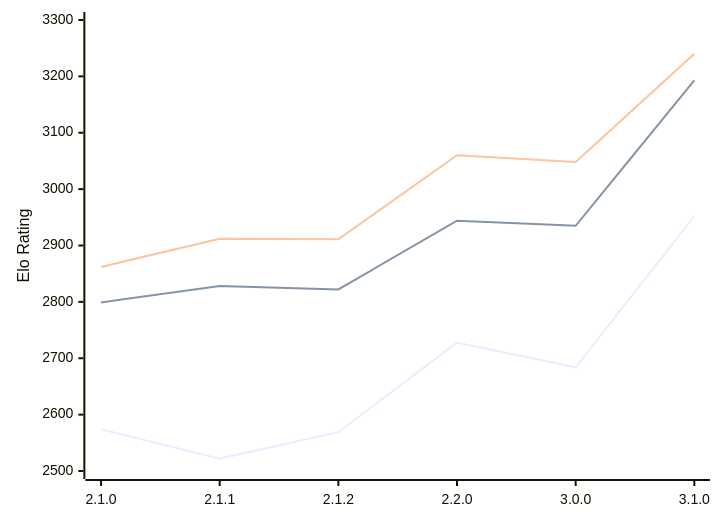
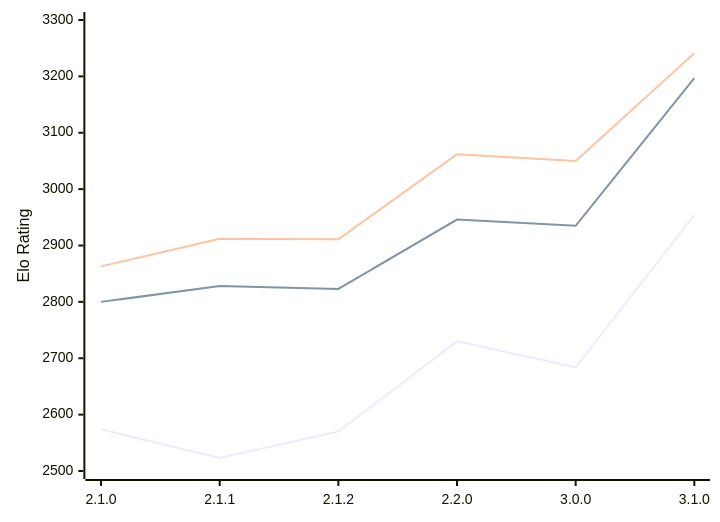
Before and after one commit to computer-chess-index/cci: the diagram in engines/Prune.md, drawn with Mermaid. The commit also changed other lines of this file, not shown here.

Commit message:
Update CCI Ratings (ELO VLTC) - 2026-02-13

````diff
--- a/engines/Prune.md
+++ b/engines/Prune.md
@@ -37,9 +37,9 @@
 ```mermaid
 %%{init: {"theme":"base","themeVariables":{"seriesColors:['#a3a3a3','#222221','#faa371']}}}%%
 xychart-beta
   x-axis ["2.1.0", "2.1.1", "2.1.2", "2.2.0", "3.0.0", "3.1.0"]
   y-axis "Elo Rating" 2500 --> 3300
-  line "STC (8.0+0.08s)" [2574, 2522, 2569, 2728, 2684, 2952]
-  line "LTC (60.0+0.60s)" [2799, 2828, 2822, 2944, 2935, 3193]
-  line "VLTC (2m24s+1.12s)" [2862, 2912, 2911, 3060, 3048, 3240]
+  line "STC (8.0+0.08s)" [2574, 2523, 2570, 2730, 2684, 2954]
+  line "LTC (60.0+0.60s)" [2800, 2828, 2823, 2946, 2935, 3197]
+  line "VLTC (2m24s+1.12s)" [2863, 2912, 2911, 3062, 3050, 3241]
 ```
````
